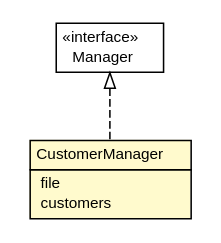
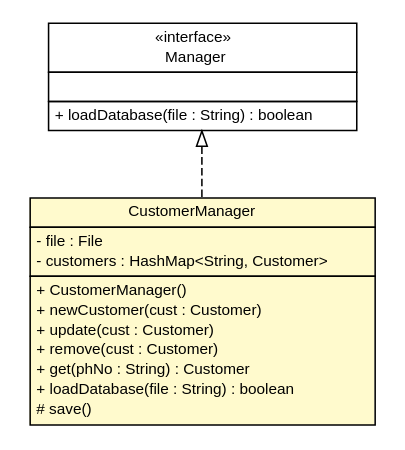
One commit to DDevine/CrapPOS changed the diagram in docs/au/edu/griffith/ict/CustomerManager.dot. Above: the diagram before and after it, drawn with Graphviz. The commit also changed 50 other files, not shown here.

```diff
--- a/docs/au/edu/griffith/ict/CustomerManager.dot
+++ b/docs/au/edu/griffith/ict/CustomerManager.dot
@@ -1,31 +1,46 @@
 #!/usr/local/bin/dot
 #
 # Class diagram 
 # Generated by UMLGraph version 1.6 (http://www.umlgraph.org/)
 #
 
 digraph G {
 	edge [fontname="Helvetica",fontsize=10,labelfontname="Helvetica",labelfontsize=10];
 	node [fontname="Helvetica",fontsize=10,shape=plaintext];
 	nodesep=0.25;
 	ranksep=0.5;
 	// au.edu.griffith.ict.CustomerManager
-	c28 [label=<<table title="au.edu.griffith.ict.CustomerManager" border="0" cellborder="1" cellspacing="0" cellpadding="2" port="p" bgcolor="lemonChiffon" href="./CustomerManager.html">
+	c25 [label=<<table title="au.edu.griffith.ict.CustomerManager" border="0" cellborder="1" cellspacing="0" cellpadding="2" port="p" bgcolor="lemonChiffon" href="./CustomerManager.html">
 		<tr><td><table border="0" cellspacing="0" cellpadding="1">
 <tr><td align="center" balign="center"> CustomerManager </td></tr>
 		</table></td></tr>
 		<tr><td><table border="0" cellspacing="0" cellpadding="1">
-<tr><td align="left" balign="left">  file </td></tr>
-<tr><td align="left" balign="left">  customers </td></tr>
+<tr><td align="left" balign="left"> - file : File </td></tr>
+<tr><td align="left" balign="left"> - customers : HashMap&lt;String, Customer&gt; </td></tr>
+		</table></td></tr>
+		<tr><td><table border="0" cellspacing="0" cellpadding="1">
+<tr><td align="left" balign="left"> + CustomerManager() </td></tr>
+<tr><td align="left" balign="left"> + newCustomer(cust : Customer) </td></tr>
+<tr><td align="left" balign="left"> + update(cust : Customer) </td></tr>
+<tr><td align="left" balign="left"> + remove(cust : Customer) </td></tr>
+<tr><td align="left" balign="left"> + get(phNo : String) : Customer </td></tr>
+<tr><td align="left" balign="left"> + loadDatabase(file : String) : boolean </td></tr>
+<tr><td align="left" balign="left"> # save() </td></tr>
 		</table></td></tr>
 		</table>>, URL="./CustomerManager.html", fontname="Helvetica", fontcolor="black", fontsize=10.0];
 	// au.edu.griffith.ict.Manager
-	c30 [label=<<table title="au.edu.griffith.ict.Manager" border="0" cellborder="1" cellspacing="0" cellpadding="2" port="p" href="./Manager.html">
+	c27 [label=<<table title="au.edu.griffith.ict.Manager" border="0" cellborder="1" cellspacing="0" cellpadding="2" port="p" href="./Manager.html">
 		<tr><td><table border="0" cellspacing="0" cellpadding="1">
 <tr><td align="center" balign="center"> &#171;interface&#187; </td></tr>
 <tr><td align="center" balign="center"> Manager </td></tr>
 		</table></td></tr>
+		<tr><td><table border="0" cellspacing="0" cellpadding="1">
+<tr><td align="left" balign="left">  </td></tr>
+		</table></td></tr>
+		<tr><td><table border="0" cellspacing="0" cellpadding="1">
+<tr><td align="left" balign="left"> + loadDatabase(file : String) : boolean </td></tr>
+		</table></td></tr>
 		</table>>, URL="./Manager.html", fontname="Helvetica", fontcolor="black", fontsize=10.0];
 	//au.edu.griffith.ict.CustomerManager implements au.edu.griffith.ict.Manager
-	c30:p -> c28:p [dir=back,arrowtail=empty,style=dashed];
+	c27:p -> c25:p [dir=back,arrowtail=empty,style=dashed];
 }
```
